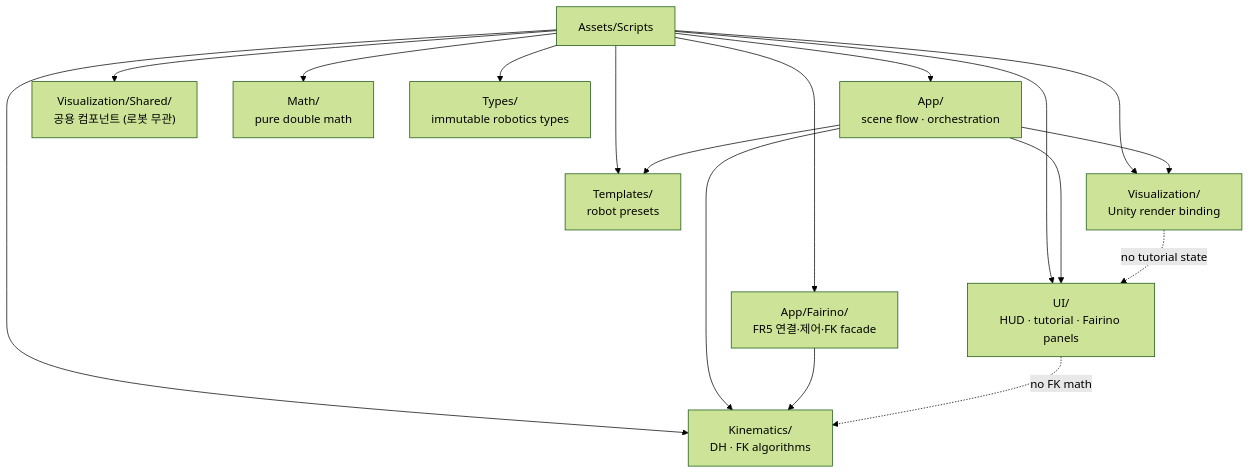
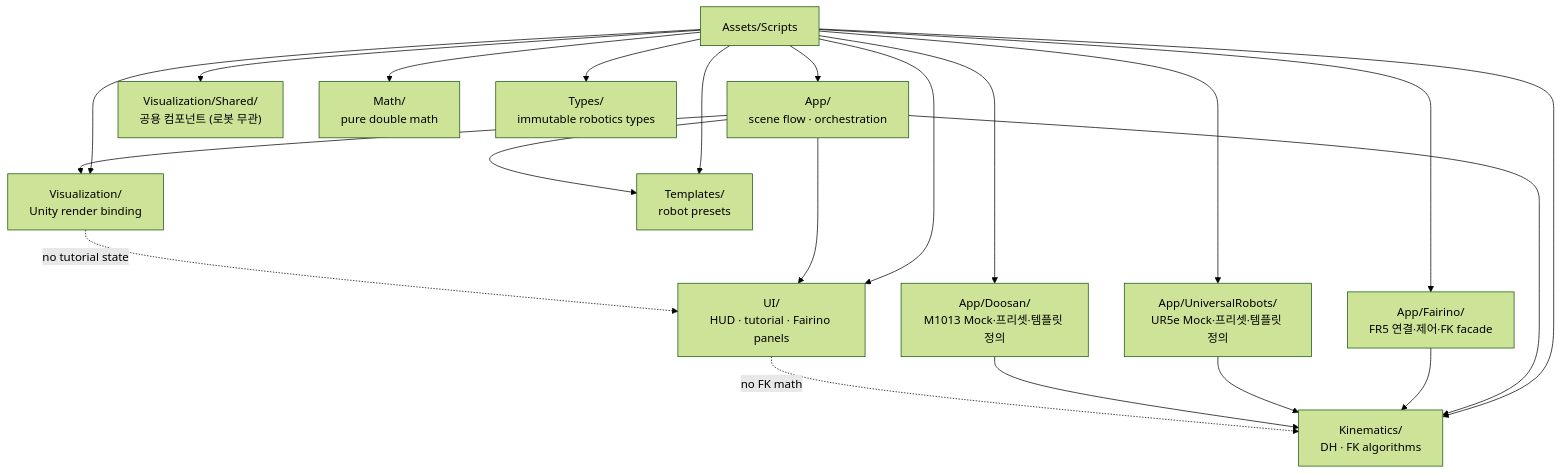
One commit to kimjuyoung1127/robotapp changed the fourth of 6 diagrams in docs/ref/architecture-mermaid.md. Above: the diagram before and after it, drawn with Mermaid (forest theme). The commit also changed other lines of this file and 84 other files, not shown here.

````diff
--- a/docs/ref/architecture-mermaid.md
+++ b/docs/ref/architecture-mermaid.md
@@ -128,20 +129,24 @@
 ```mermaid
 flowchart TD
     Scripts["Assets/Scripts"] --> App["App/\nscene flow · orchestration"]
     Scripts --> AppFairino["App/Fairino/\nFR5 연결·제어·FK facade"]
+    Scripts --> AppUR["App/UniversalRobots/\nUR5e Mock·프리셋·템플릿 정의"]
+    Scripts --> AppDoosan["App/Doosan/\nM1013 Mock·프리셋·템플릿 정의"]
     Scripts --> UI["UI/\nHUD · tutorial · Fairino panels"]
     Scripts --> Viz["Visualization/\nUnity render binding"]
     Scripts --> VizShared["Visualization/Shared/\n공용 컴포넌트 (로봇 무관)"]
     Scripts --> Math["Math/\npure double math"]
     Scripts --> Types["Types/\nimmutable robotics types"]
     Scripts --> Kin["Kinematics/\nDH · FK algorithms"]
     Scripts --> Templates["Templates/\nrobot presets"]
 
     App --> UI
     App --> Viz
     App --> Templates
     App --> Kin
     AppFairino --> Kin
+    AppUR --> Kin
+    AppDoosan --> Kin
     UI -. no FK math .-> Kin
     Viz -. no tutorial state .-> UI
 ```
````
